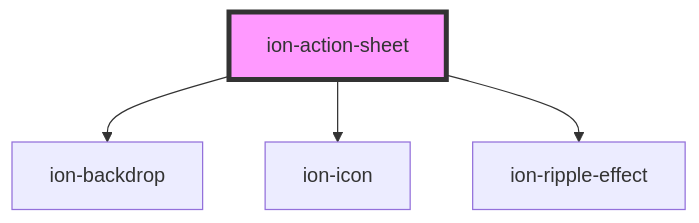
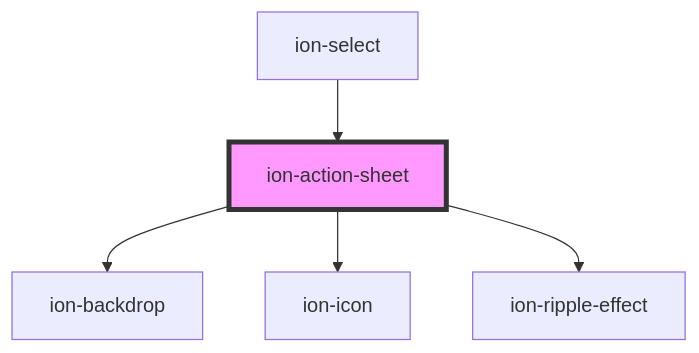
One commit to Ryu9425/ang_ionic changed the diagram in core/src/components/action-sheet/readme.md. Above: the diagram before and after it, drawn with Mermaid. The commit also changed other lines of this file and 3 other files, not shown here.

````diff
--- a/core/src/components/action-sheet/readme.md
+++ b/core/src/components/action-sheet/readme.md
@@ -671,7 +675,8 @@
 ```mermaid
 graph TD;
   ion-action-sheet --> ion-backdrop
   ion-action-sheet --> ion-icon
   ion-action-sheet --> ion-ripple-effect
+  ion-select --> ion-action-sheet
   style ion-action-sheet fill:#f9f,stroke:#333,stroke-width:4px
 ```
````
